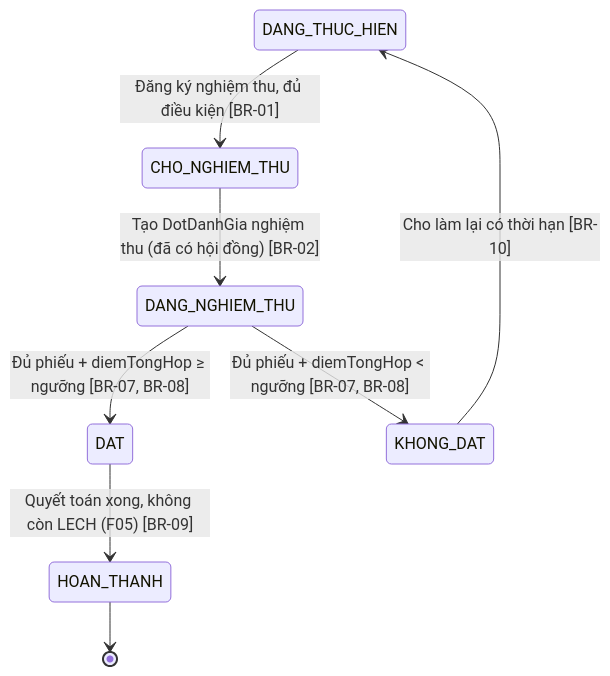
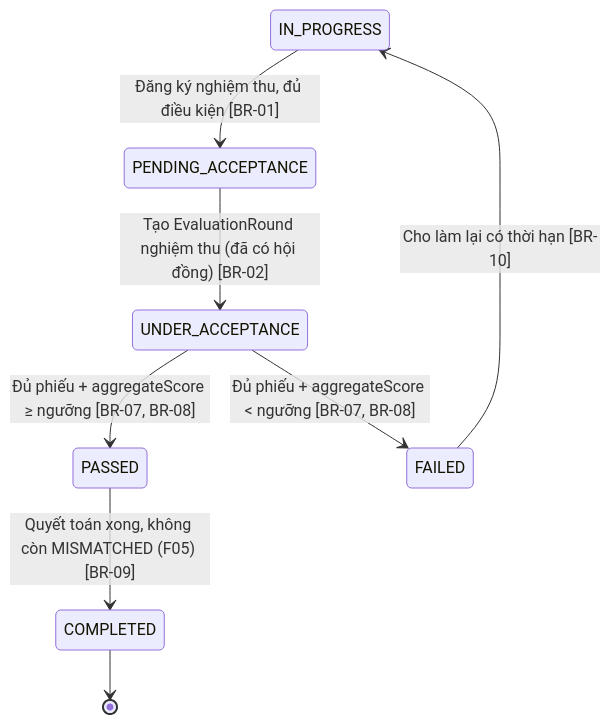
One commit to PTZero2026/rms-docs changed the second of 2 diagrams in docs/features/F06-nghiem-thu/spec.md. Above: the diagram before and after it, drawn with Mermaid. The commit also changed other lines of this file and 44 other files, not shown here.

Commit message:
docs: update project roadmap, architecture decisions, and comprehensive documentation for core features and testing plans

````diff
--- a/docs/features/F06-nghiem-thu/spec.md
+++ b/docs/features/F06-nghiem-thu/spec.md
@@ -87,10 +87,10 @@
 ```mermaid
 stateDiagram-v2
-    DANG_THUC_HIEN --> CHO_NGHIEM_THU : Đăng ký nghiệm thu, đủ điều kiện [BR-01]
-    CHO_NGHIEM_THU --> DANG_NGHIEM_THU : Tạo DotDanhGia nghiệm thu (đã có hội đồng) [BR-02]
-    DANG_NGHIEM_THU --> DAT : Đủ phiếu + diemTongHop ≥ ngưỡng [BR-07, BR-08]
-    DANG_NGHIEM_THU --> KHONG_DAT : Đủ phiếu + diemTongHop < ngưỡng [BR-07, BR-08]
-    KHONG_DAT --> DANG_THUC_HIEN : Cho làm lại có thời hạn [BR-10]
-    DAT --> HOAN_THANH : Quyết toán xong, không còn LECH (F05) [BR-09]
-    HOAN_THANH --> [*]
+    IN_PROGRESS --> PENDING_ACCEPTANCE : Đăng ký nghiệm thu, đủ điều kiện [BR-01]
+    PENDING_ACCEPTANCE --> UNDER_ACCEPTANCE : Tạo EvaluationRound nghiệm thu (đã có hội đồng) [BR-02]
+    UNDER_ACCEPTANCE --> PASSED : Đủ phiếu + aggregateScore ≥ ngưỡng [BR-07, BR-08]
+    UNDER_ACCEPTANCE --> FAILED : Đủ phiếu + aggregateScore < ngưỡng [BR-07, BR-08]
+    FAILED --> IN_PROGRESS : Cho làm lại có thời hạn [BR-10]
+    PASSED --> COMPLETED : Quyết toán xong, không còn MISMATCHED (F05) [BR-09]
+    COMPLETED --> [*]
 ```
````
